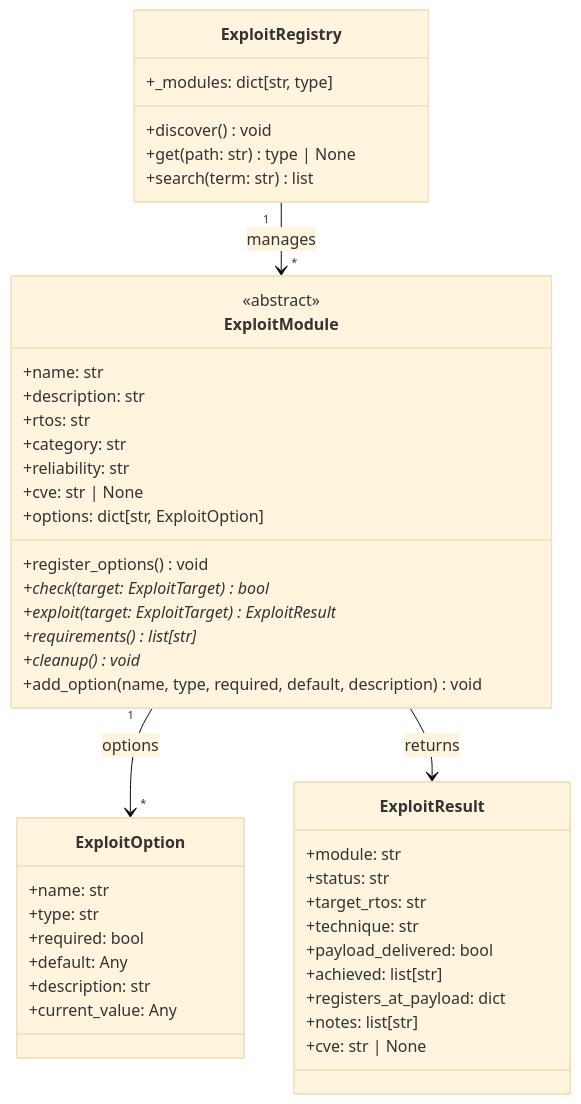
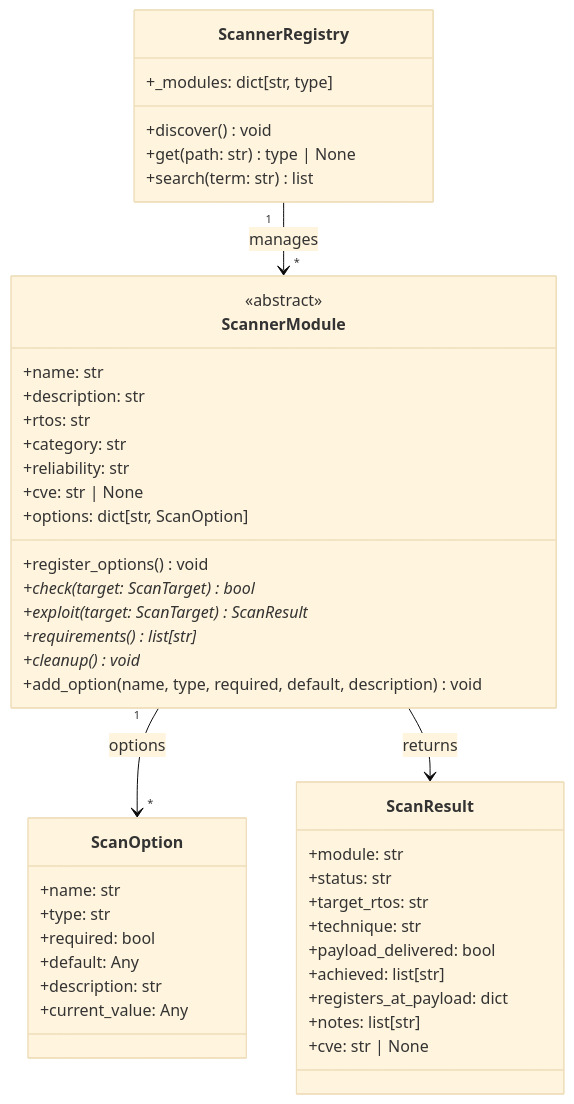
The eighth of 20 diagrams in docs/architecture.md (Indspl0it/RTOSploit), drawn with Mermaid (base theme) before and after one commit. The commit also changed other lines of this file and 86 other files, not shown here.

````diff
--- a/docs/architecture.md
+++ b/docs/architecture.md
@@ -229,51 +229,51 @@
 ```mermaid
 classDiagram
-    class ExploitModule {
+    class ScannerModule {
         <<abstract>>
         +name: str
         +description: str
         +rtos: str
         +category: str
         +reliability: str
         +cve: str | None
-        +options: dict[str, ExploitOption]
+        +options: dict[str, ScanOption]
         +register_options() void
-        +check(target: ExploitTarget) bool*
-        +exploit(target: ExploitTarget) ExploitResult*
+        +check(target: ScanTarget) bool*
+        +exploit(target: ScanTarget) ScanResult*
         +requirements() list[str]*
         +cleanup() void*
         +add_option(name, type, required, default, description) void
     }
 
-    class ExploitOption {
+    class ScanOption {
         +name: str
         +type: str
         +required: bool
         +default: Any
         +description: str
         +current_value: Any
     }
 
-    class ExploitResult {
+    class ScanResult {
         +module: str
         +status: str
         +target_rtos: str
         +technique: str
         +payload_delivered: bool
         +achieved: list[str]
         +registers_at_payload: dict
         +notes: list[str]
         +cve: str | None
     }
 
-    class ExploitRegistry {
+    class ScannerRegistry {
         +_modules: dict[str, type]
         +discover() void
         +get(path: str) type | None
         +search(term: str) list
     }
 
-    ExploitModule "1" --> "*" ExploitOption : options
-    ExploitModule --> ExploitResult : returns
-    ExploitRegistry "1" --> "*" ExploitModule : manages
+    ScannerModule "1" --> "*" ScanOption : options
+    ScannerModule --> ScanResult : returns
+    ScannerRegistry "1" --> "*" ScannerModule : manages
 ```
````
